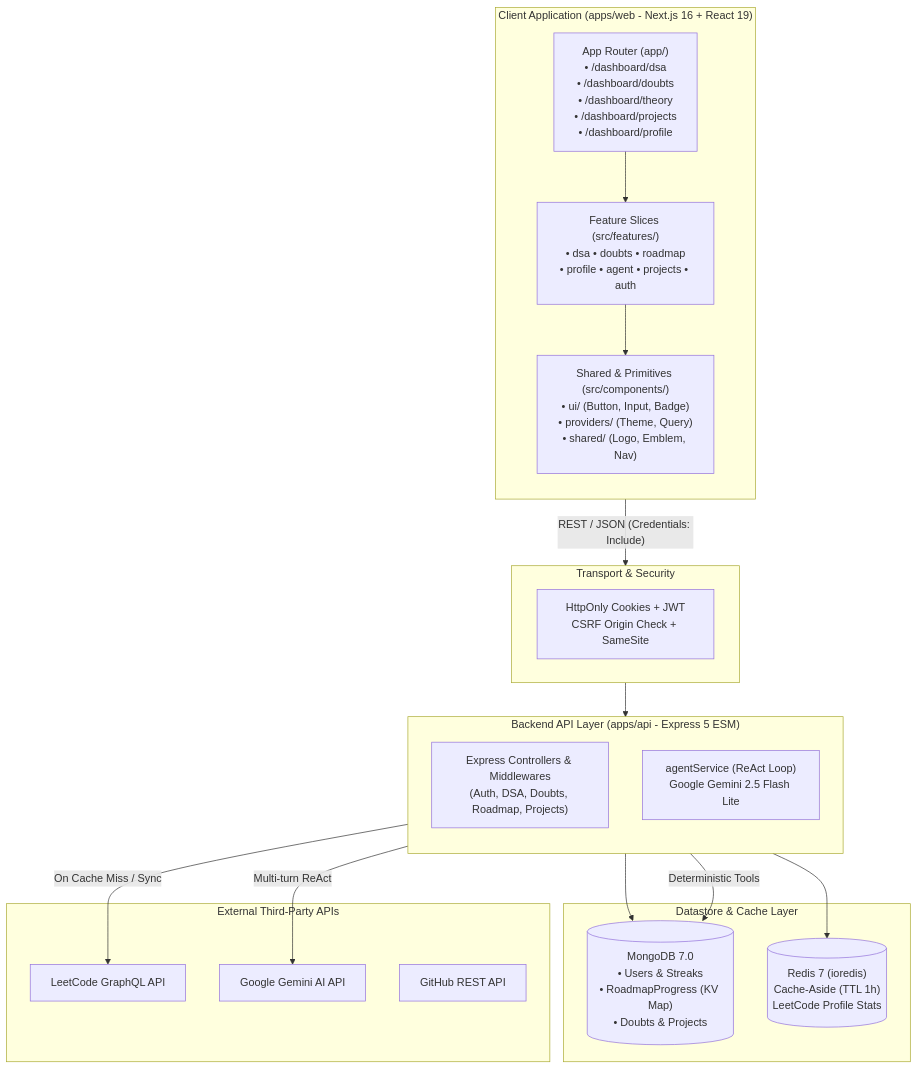
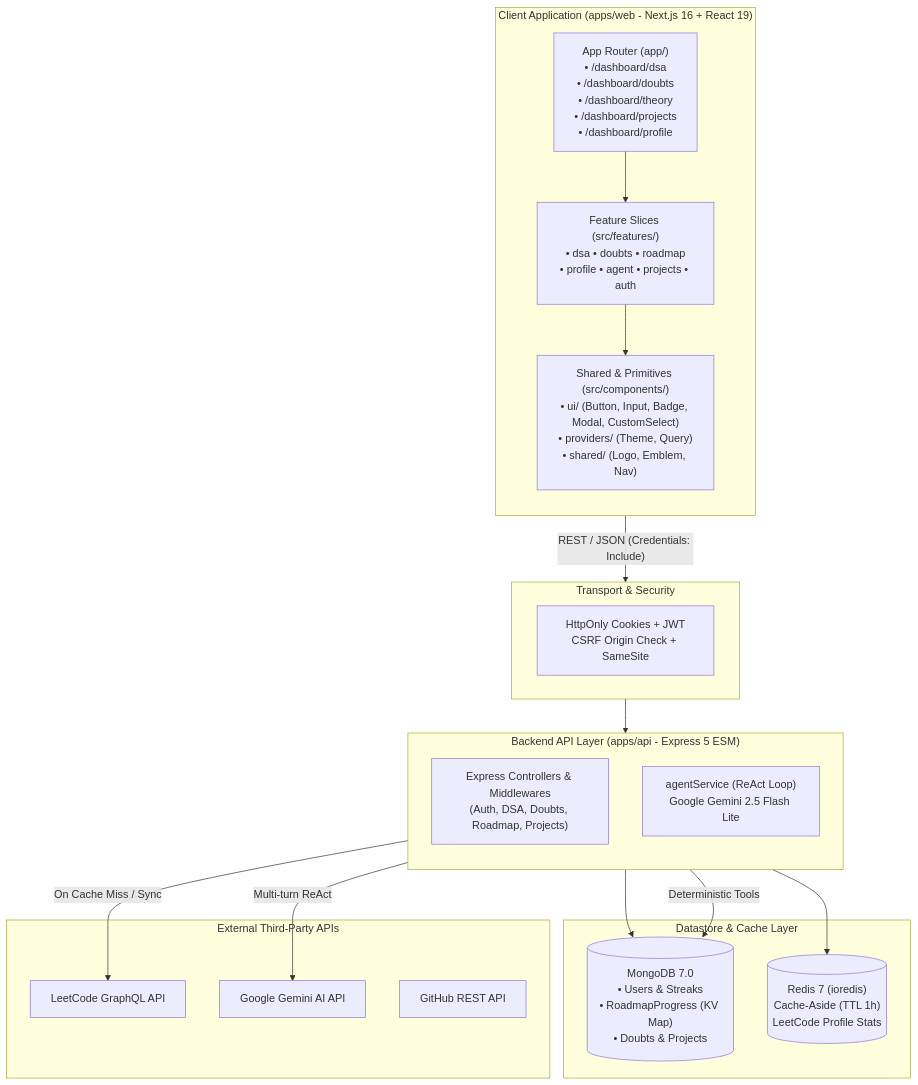
One commit to mayankjain92/prep-os changed the diagram in README.md. Above: the diagram before and after it, drawn with Mermaid. The commit also changed 5 other files, not shown here.

Commit message:
feat: update architecture documentation with new component structure and modularization details

````diff
--- a/README.md
+++ b/README.md
@@ -33,43 +33,43 @@
 ```mermaid
 graph TB
   subgraph Client ["Client Application (apps/web - Next.js 16 + React 19)"]
     direction TB
     AppRouter["App Router (app/)<br/>• /dashboard/dsa<br/>• /dashboard/doubts<br/>• /dashboard/theory<br/>• /dashboard/projects<br/>• /dashboard/profile"]
     FeatureSlices["Feature Slices (src/features/)<br/>• dsa • doubts • roadmap<br/>• profile • agent • projects • auth"]
-    UIPrimitives["Shared & Primitives (src/components/)<br/>• ui/ (Button, Input, Badge)<br/>• providers/ (Theme, Query)<br/>• shared/ (Logo, Emblem, Nav)"]
+    UIPrimitives["Shared & Primitives (src/components/)<br/>• ui/ (Button, Input, Badge, Modal, CustomSelect)<br/>• providers/ (Theme, Query)<br/>• shared/ (Logo, Emblem, Nav)"]
     
     AppRouter --> FeatureSlices
     FeatureSlices --> UIPrimitives
   end
 
   subgraph Gateway ["Transport & Security"]
     HttpOnlyCookie["HttpOnly Cookies + JWT<br/>CSRF Origin Check + SameSite"]
   end
 
   subgraph Server ["Backend API Layer (apps/api - Express 5 ESM)"]
     direction TB
     Controllers["Express Controllers & Middlewares<br/>(Auth, DSA, Doubts, Roadmap, Projects)"]
     AgentService["agentService (ReAct Loop)<br/>Google Gemini 2.5 Flash Lite"]
   end
 
   subgraph Storage ["Datastore & Cache Layer"]
     Mongo[("MongoDB 7.0<br/>• Users & Streaks<br/>• RoadmapProgress (KV Map)<br/>• Doubts & Projects")]
     Redis[("Redis 7 (ioredis)<br/>Cache-Aside (TTL 1h)<br/>LeetCode Profile Stats")]
   end
 
   subgraph External ["External Third-Party APIs"]
     LeetCodeAPI["LeetCode GraphQL API"]
     GeminiAPI["Google Gemini AI API"]
     GitHubAPI["GitHub REST API"]
   end
 
   Client -- "REST / JSON (Credentials: Include)" --> Gateway
   Gateway --> Server
 
   Controllers --> Redis
   Controllers -- "On Cache Miss / Sync" --> LeetCodeAPI
   Controllers --> Mongo
 
   AgentService -- "Multi-turn ReAct" --> GeminiAPI
   AgentService -- "Deterministic Tools" --> Mongo
 ```
````
